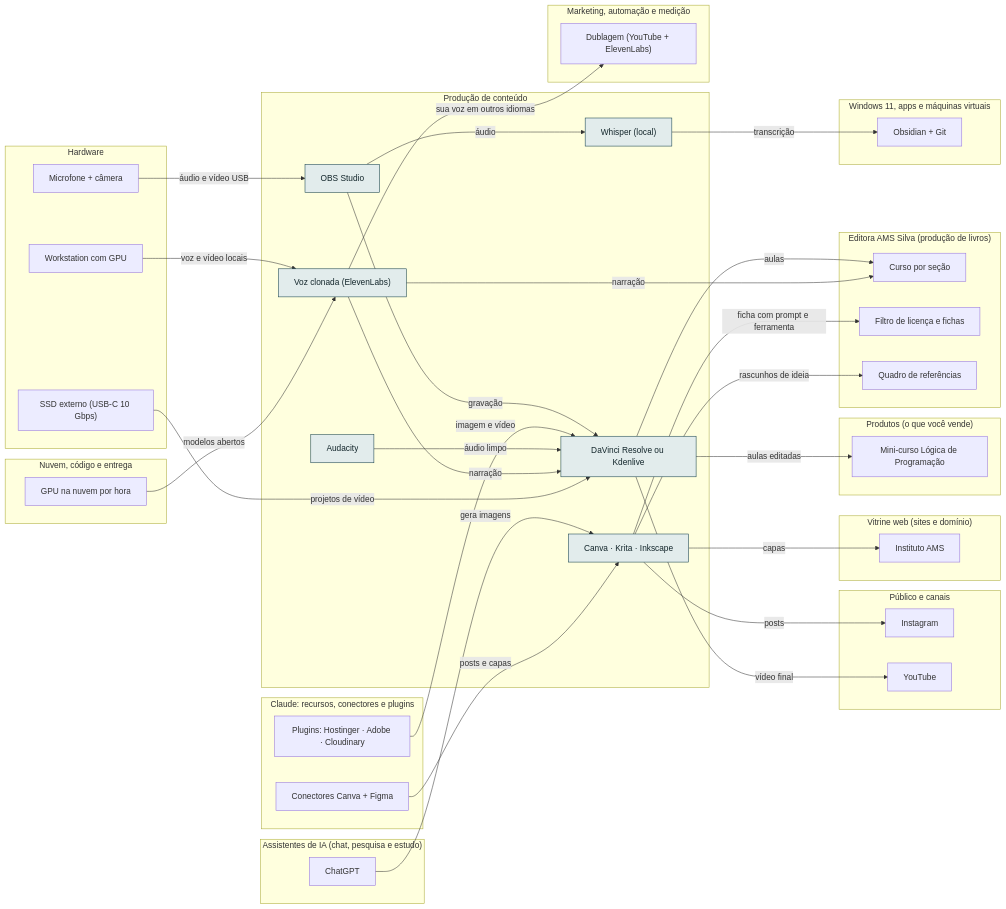
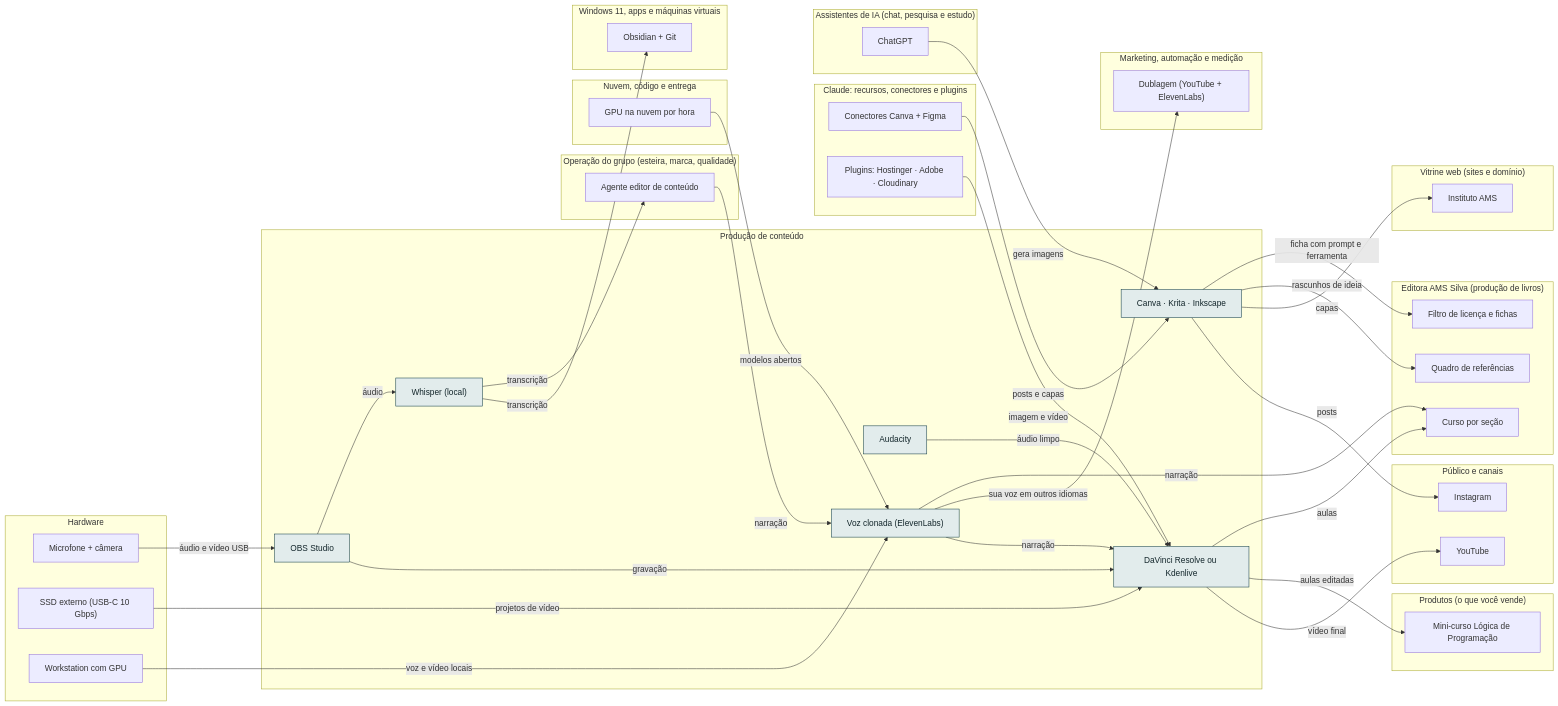
Before and after one commit to AlanMateus17/dev-setup: the diagram in docs/camadas/12-cont.md, drawn with Mermaid. The commit also changed other lines of this file and 34 other files, not shown here.

First line of the commit message:
feat: operação do grupo e portfólio único de ofertas

````diff
--- a/docs/camadas/12-cont.md
+++ b/docs/camadas/12-cont.md
@@ -14,70 +14,75 @@
 ```mermaid
 flowchart LR
   subgraph L_cont["Produção de conteúdo"]
     n_obss["OBS Studio"]
     n_edit["DaVinci Resolve ou Kdenlive"]
     n_aud["Audacity"]
     n_img["Canva · Krita · Inkscape"]
     n_whis["Whisper (local)"]
     n_voz["Voz clonada (ElevenLabs)"]
+  end
+  subgraph L_oper["Operação do grupo (esteira, marca, qualidade)"]
+    n_oedit["Agente editor de conteúdo"]
   end
   subgraph L_pub["Público e canais"]
     n_ig["Instagram"]
     n_yt["YouTube"]
   end
   subgraph L_mkt["Marketing, automação e medição"]
     n_dub["Dublagem (YouTube + ElevenLabs)"]
   end
   subgraph L_web["Vitrine web (sites e domínio)"]
     n_inst["Instituto AMS"]
   end
   subgraph L_prod["Produtos (o que você vende)"]
     n_curso["Mini-curso Lógica de Programação"]
   end
   subgraph L_editora["Editora AMS Silva (produção de livros)"]
     n_bcurso["Curso por seção"]
     n_licenca["Filtro de licença e fichas"]
     n_refs["Quadro de referências"]
   end
   subgraph L_nuvem["Nuvem, código e entrega"]
     n_gpuh["GPU na nuvem por hora"]
   end
   subgraph L_clc["Claude: recursos, conectores e plugins"]
     n_ccan["Conectores Canva + Figma"]
     n_phst["Plugins: Hostinger · Adobe · Cloudinary"]
   end
   subgraph L_chat["Assistentes de IA (chat, pesquisa e estudo)"]
     n_gpt["ChatGPT"]
   end
   subgraph L_win["Windows 11, apps e máquinas virtuais"]
     n_obsd["Obsidian + Git"]
   end
   subgraph L_hw["Hardware"]
     n_mic["Microfone + câmera"]
     n_ssdext["SSD externo (USB-C 10 Gbps)"]
     n_ws["Workstation com GPU"]
   end
   n_obss -->|"gravação"| n_edit
   n_obss -->|"áudio"| n_whis
   n_mic -->|"áudio e vídeo USB"| n_obss
   n_edit -->|"vídeo final"| n_yt
   n_edit -->|"aulas editadas"| n_curso
   n_edit -->|"aulas"| n_bcurso
   n_phst -->|"imagem e vídeo"| n_edit
   n_aud -->|"áudio limpo"| n_edit
   n_voz -->|"narração"| n_edit
   n_ssdext -->|"projetos de vídeo"| n_edit
   n_img -->|"posts"| n_ig
   n_img -->|"capas"| n_inst
   n_img -->|"rascunhos de ideia"| n_refs
   n_img -->|"ficha com prompt e ferramenta"| n_licenca
   n_gpt -->|"gera imagens"| n_img
   n_ccan -->|"posts e capas"| n_img
   n_whis -->|"transcrição"| n_obsd
+  n_whis -->|"transcrição"| n_oedit
   n_voz -->|"sua voz em outros idiomas"| n_dub
   n_voz -->|"narração"| n_bcurso
   n_ws -->|"voz e vídeo locais"| n_voz
   n_gpuh -->|"modelos abertos"| n_voz
+  n_oedit -->|"narração"| n_voz
   classDef desta fill:#e2ecec,stroke:#0e3a45,color:#13262b
   class n_obss,n_edit,n_aud,n_img,n_whis,n_voz desta
 ```
````
